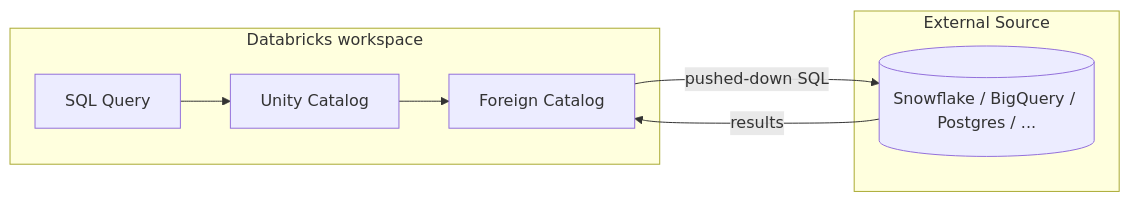
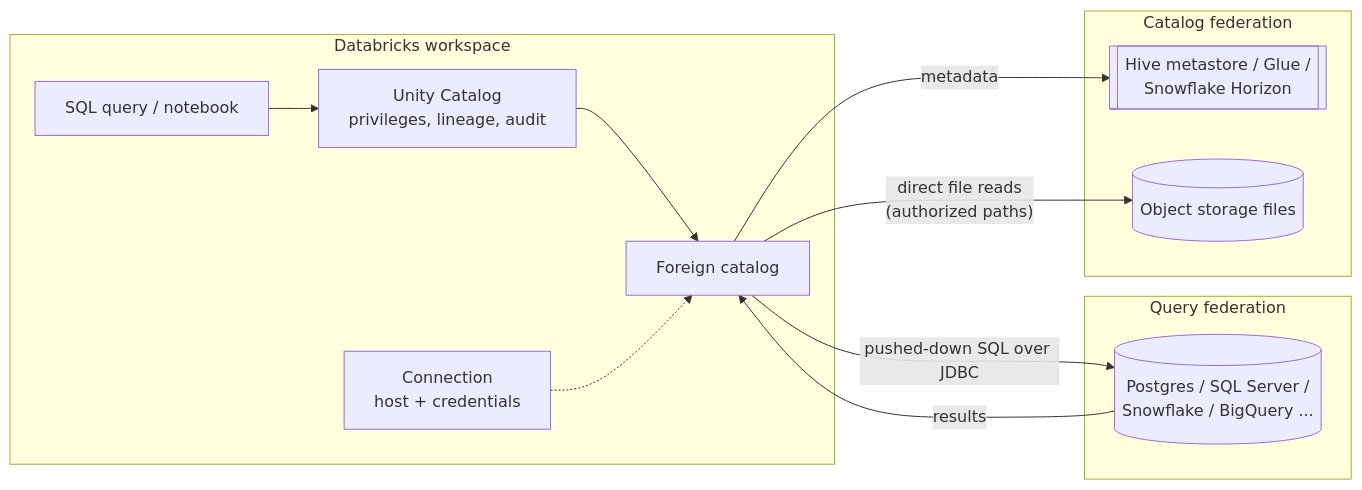
Before and after one commit to kengio/databricks-certification-study-guide: the diagram in certifications/data-engineer-professional/02-data-ingestion-and-acquisition/08-lakehouse-federation.md, drawn with Mermaid. The commit also changed other lines of this file and 108 other files, not shown here.

````diff
--- a/certifications/data-engineer-professional/02-data-ingestion-and-acquisition/08-lakehouse-federation.md
+++ b/certifications/data-engineer-professional/02-data-ingestion-and-acquisition/08-lakehouse-federation.md
@@ -36,16 +36,22 @@
 ```mermaid
 flowchart LR
     subgraph DBX["Databricks workspace"]
-        Q[SQL Query]
-        UC[Unity Catalog]
-        FC[Foreign Catalog]
+        Q[SQL query / notebook]
+        UC["Unity Catalog<br/>privileges, lineage, audit"]
+        CONN["Connection<br/>host + credentials"]
+        FC["Foreign catalog"]
     end
-    subgraph Ext["External Source"]
-        SF[(Snowflake / BigQuery / Postgres / ...)]
+    subgraph QF["Query federation"]
+        DB[(Postgres / SQL Server /<br/>Snowflake / BigQuery ...)]
     end
-
-    Q --> UC
-    UC --> FC
-    FC -- "pushed-down SQL" --> SF
-    SF -- "results" --> FC
+    subgraph CF["Catalog federation"]
+        HMS[[Hive metastore / Glue /<br/>Snowflake Horizon]]
+        OBJ[(Object storage files)]
+    end
+    Q --> UC --> FC
+    CONN -.-> FC
+    FC -- "pushed-down SQL over JDBC" --> DB
+    DB -- results --> FC
+    FC -- metadata --> HMS
+    FC -- "direct file reads<br/>(authorized paths)" --> OBJ
 ```
````
